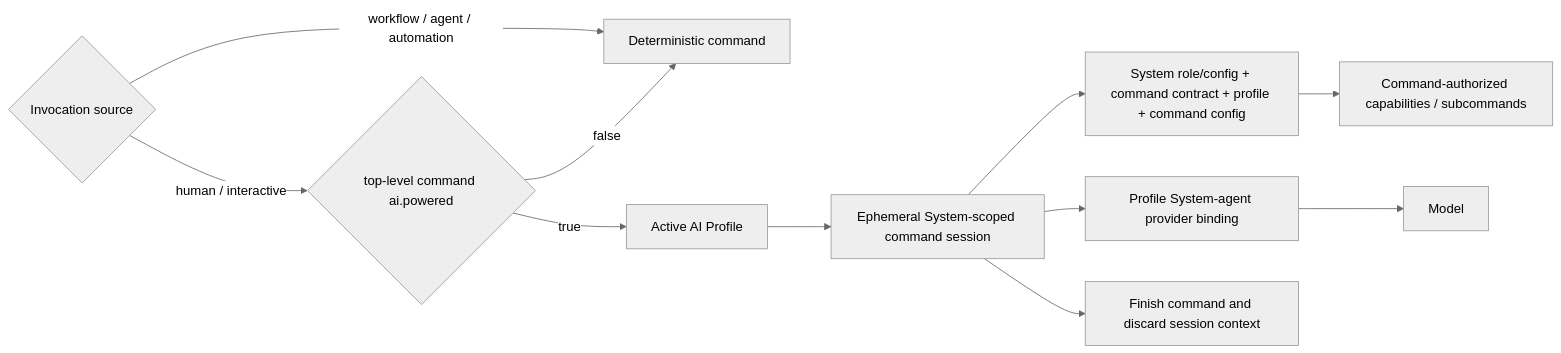
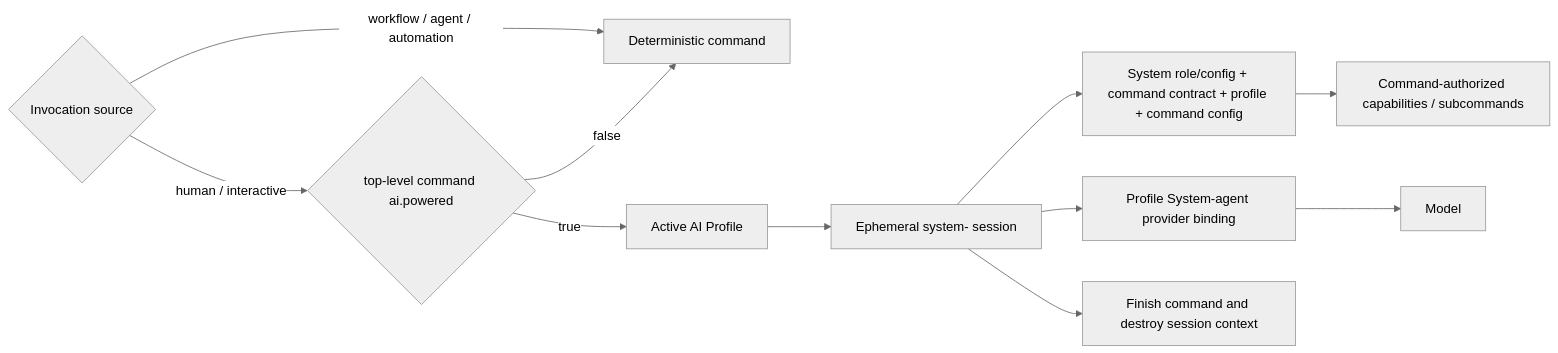
The diagram in ai-commands/commands.md (starodubtsevconsulting/ai-fleas), drawn with Mermaid (neutral theme) before and after one commit. The commit also changed other lines of this file, not shown here.

Commit message:
Document ephemeral AI command session naming and cleanup

````diff
--- a/ai-commands/commands.md
+++ b/ai-commands/commands.md
@@ -56,14 +62,14 @@
 ```mermaid
 flowchart LR
   Caller{"Invocation source"}
   Caller -->|human / interactive| Mode{"top-level command ai.powered"}
   Caller -->|workflow / agent / automation| Exec["Deterministic command"]
   Mode -->|false| Exec
   Mode -->|true| Profile["Active AI Profile"]
-  Profile --> Session["Ephemeral System-scoped command session"]
+  Profile --> Session["Ephemeral system-<command> session"]
   Session --> Context["System role/config + command contract + profile + command config"]
   Context --> Capability["Command-authorized capabilities / subcommands"]
   Session --> Provider["Profile System-agent provider binding"]
   Provider --> Model["Model"]
-  Session --> Done["Finish command and discard session context"]
+  Session --> Done["Finish command and destroy session context"]
 ```
````
